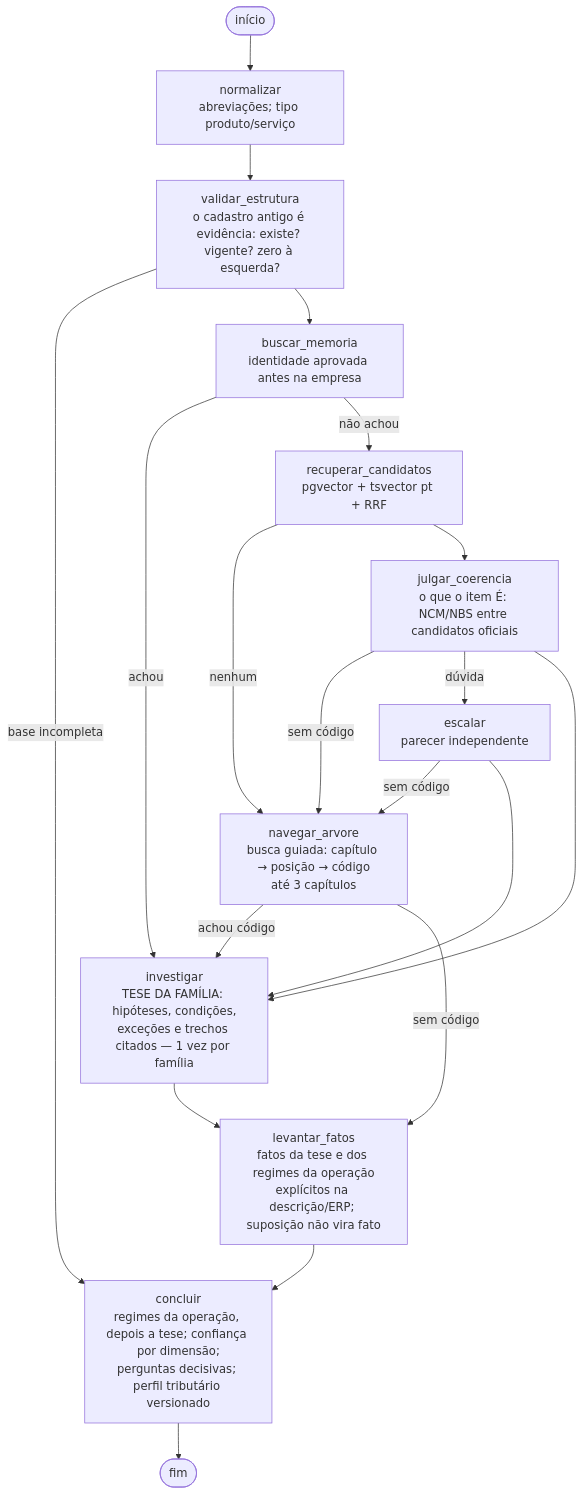
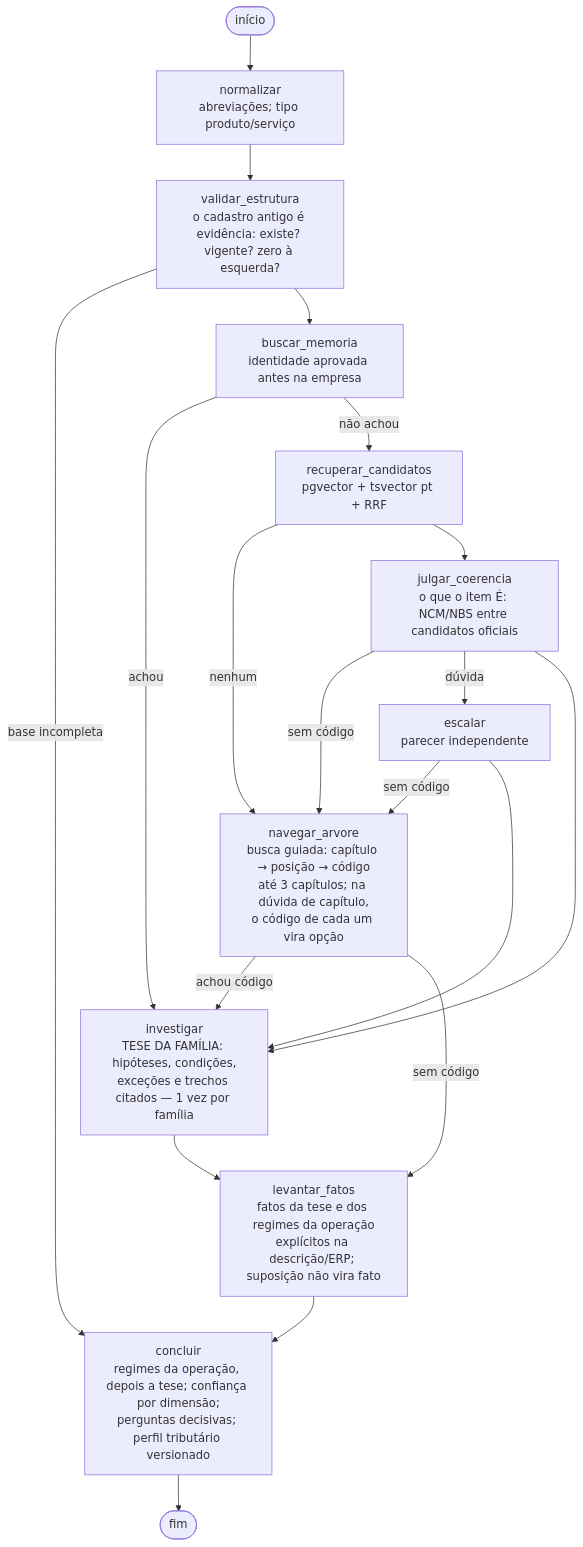
One commit to leopbar/reformaTribu changed the second of 3 diagrams in docs/arquitetura.md. Above: the diagram before and after it, drawn with Mermaid. The commit also changed other lines of this file and 12 other files, not shown here.

First line of the commit message:
Dúvida entre capítulos vira pergunta ao operador (ADR 0029)

````diff
--- a/docs/arquitetura.md
+++ b/docs/arquitetura.md
@@ -51,21 +51,21 @@
 ```mermaid
 flowchart TD
   S([início]) --> N[normalizar<br/>abreviações; tipo produto/serviço]
   N --> V[validar_estrutura<br/>o cadastro antigo é evidência: existe? vigente? zero à esquerda?]
   V -- base incompleta --> C
   V --> M[buscar_memoria<br/>identidade aprovada antes na empresa]
   M -- achou --> I
   M -- não achou --> R[recuperar_candidatos<br/>pgvector + tsvector pt + RRF]
   R -- nenhum --> A
   R --> J[julgar_coerencia<br/>o que o item É: NCM/NBS entre candidatos oficiais]
-  J -- sem código --> A[navegar_arvore<br/>busca guiada: capítulo → posição → código<br/>até 3 capítulos]
+  J -- sem código --> A[navegar_arvore<br/>busca guiada: capítulo → posição → código<br/>até 3 capítulos; na dúvida de capítulo,<br/>o código de cada um vira opção]
   J -- dúvida --> X[escalar<br/>parecer independente]
   J --> I
   X -- sem código --> A
   X --> I[investigar<br/>TESE DA FAMÍLIA: hipóteses, condições,<br/>exceções e trechos citados — 1 vez por família]
   A -- achou código --> I
   A -- sem código --> L
   I --> L[levantar_fatos<br/>fatos da tese e dos regimes da operação<br/>explícitos na descrição/ERP; suposição não vira fato]
   L --> C[concluir<br/>regimes da operação, depois a tese; confiança por dimensão;<br/>perguntas decisivas; perfil tributário versionado]
   C --> F([fim])
 ```
````
